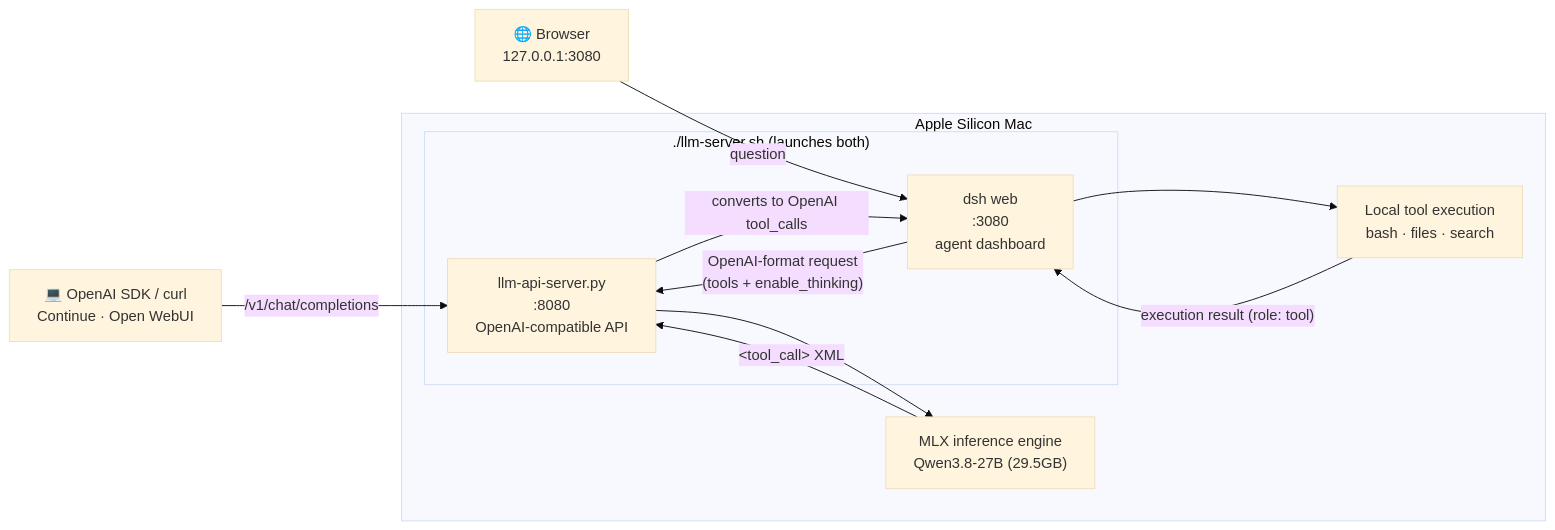
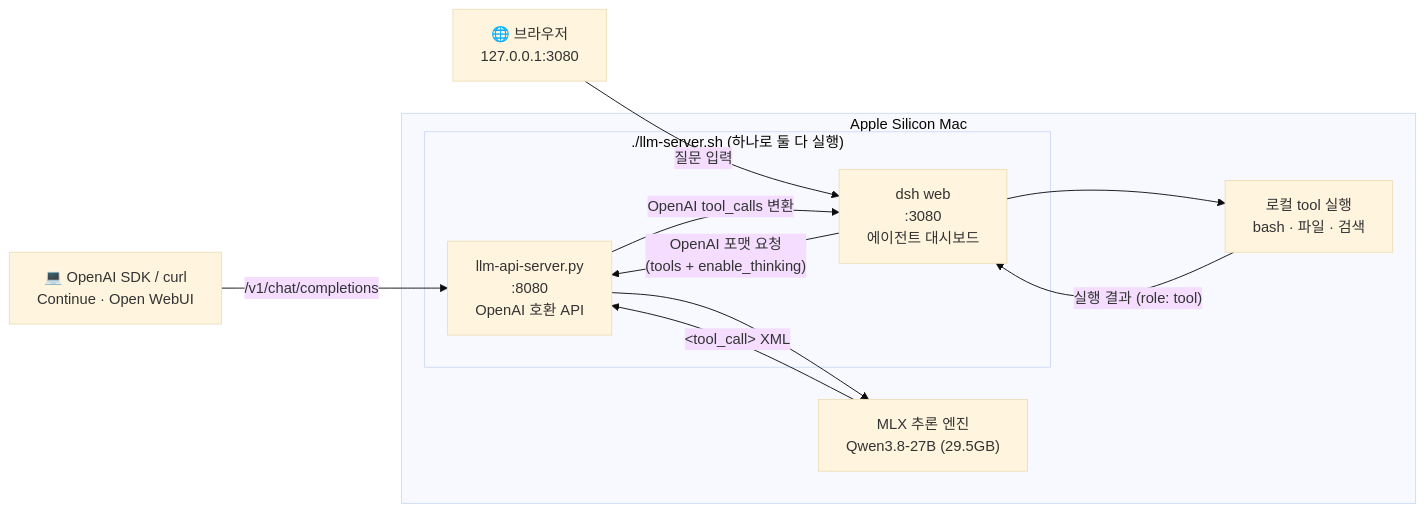
Before and after one commit to LeeKiYoung/local-llm: the diagram in README.md, drawn with Mermaid (base theme). The commit also changed other lines of this file and 3 other files, not shown here.

````diff
--- a/README.md
+++ b/README.md
@@ -402,20 +402,20 @@
 ```mermaid
 flowchart LR
     subgraph Mac["Apple Silicon Mac"]
-        subgraph launcher["./llm-server.sh (launches both)"]
-            API["llm-api-server.py<br/>:8080<br/>OpenAI-compatible API"]
-            DSH["dsh web<br/>:3080<br/>agent dashboard"]
+        subgraph launcher["./llm-server.sh (하나로 둘 다 실행)"]
+            API["llm-api-server.py<br/>:8080<br/>OpenAI 호환 API"]
+            DSH["dsh web<br/>:3080<br/>에이전트 대시보드"]
         end
-        MLX["MLX inference engine<br/>Qwen3.8-27B (29.5GB)"]
-        TOOLS["Local tool execution<br/>bash · files · search"]
+        MLX["MLX 추론 엔진<br/>Qwen3.8-27B (29.5GB)"]
+        TOOLS["로컬 tool 실행<br/>bash · 파일 · 검색"]
     end
 
-    Browser["🌐 Browser<br/>127.0.0.1:3080"] -->|question| DSH
+    Browser["🌐 브라우저<br/>127.0.0.1:3080"] -->|질문 입력| DSH
     Client["💻 OpenAI SDK / curl<br/>Continue · Open WebUI"] -->|"/v1/chat/completions"| API
-    DSH -->|"OpenAI-format request<br/>(tools + enable_thinking)"| API
+    DSH -->|"OpenAI 포맷 요청<br/>(tools + enable_thinking)"| API
     API --> MLX
     MLX -->|"&lt;tool_call&gt; XML"| API
-    API -->|"converts to OpenAI tool_calls"| DSH
+    API -->|"OpenAI tool_calls 변환"| DSH
     DSH --> TOOLS
-    TOOLS -->|"execution result (role: tool)"| DSH
+    TOOLS -->|"실행 결과 (role: tool)"| DSH
 ```
````
